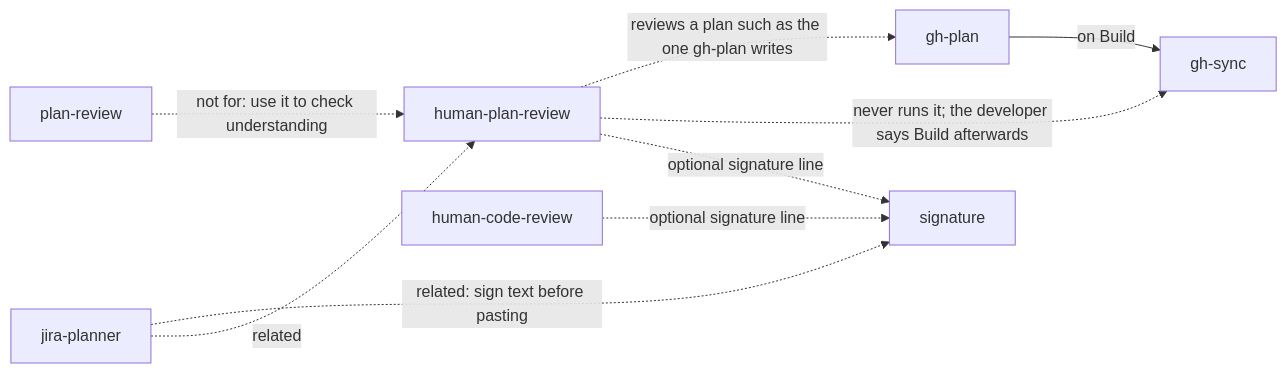
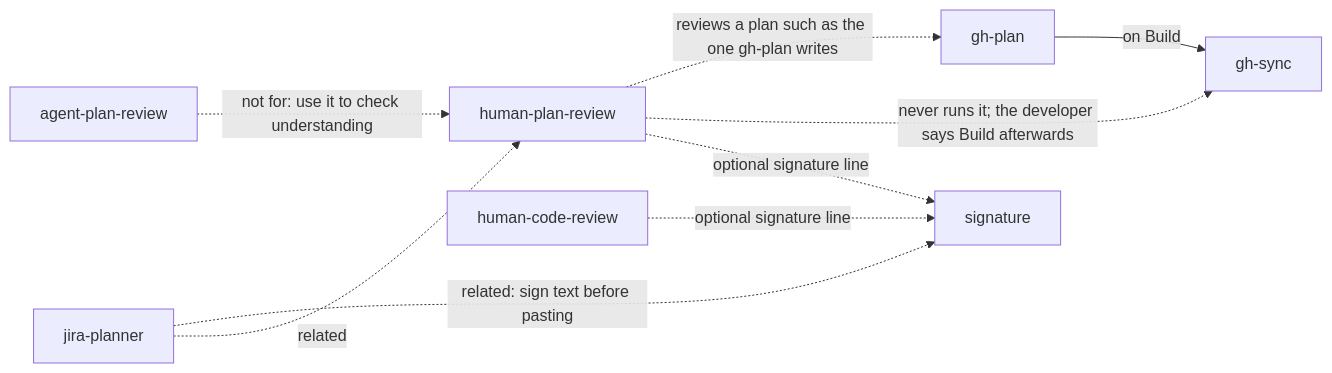
Before and after one commit to GauteR/gauter-skills: the second of 7 diagrams in docs/skill-diagrams.md, drawn with Mermaid. The commit also changed other lines of this file and 16 other files, not shown here.

First line of the commit message:
Add WoW Forever addon skills and rename plan-review to agent-plan-review (#1)

````diff
--- a/docs/skill-diagrams.md
+++ b/docs/skill-diagrams.md
@@ -41,21 +41,21 @@
 ```mermaid
 flowchart LR
   ghplan["gh-plan"]
   ghsync["gh-sync"]
   hpr["human-plan-review"]
   hcr["human-code-review"]
-  pr["plan-review"]
+  pr["agent-plan-review"]
   jp["jira-planner"]
   sig["signature"]
 
   ghplan -->|"on Build"| ghsync
   hpr -.->|"reviews a plan such as the one gh-plan writes"| ghplan
   hpr -.->|"never runs it; the developer says Build afterwards"| ghsync
 
   hpr -.->|"optional signature line"| sig
   hcr -.->|"optional signature line"| sig
   jp -.->|"related: sign text before pasting"| sig
 
   jp -.->|"related"| hpr
   pr -.->|"not for: use it to check understanding"| hpr
 ```
````
